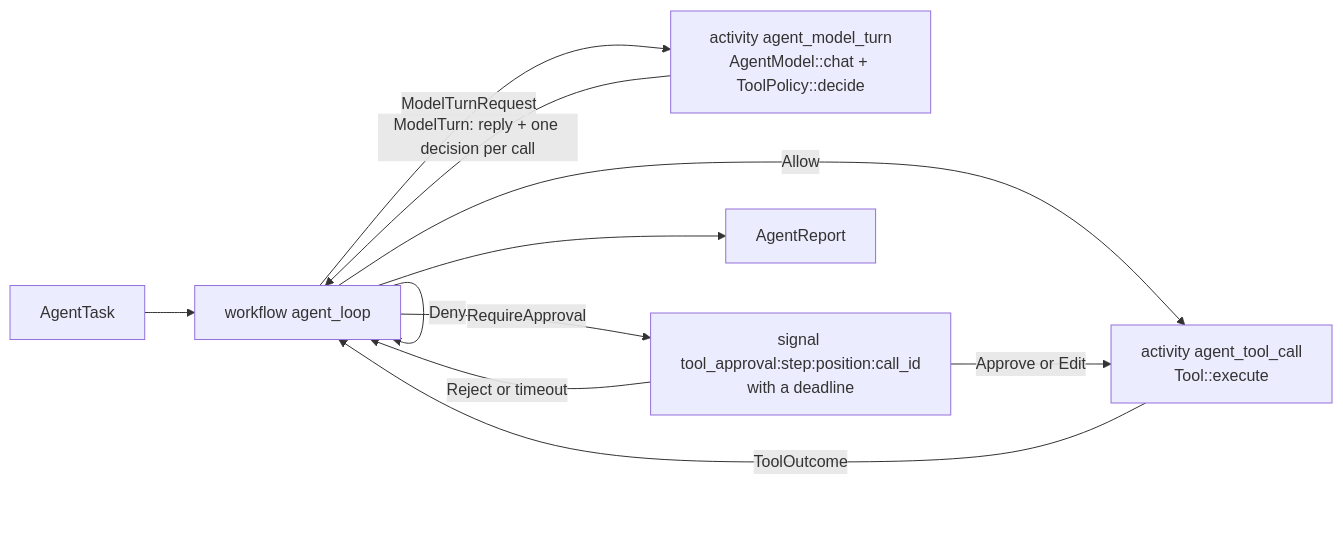
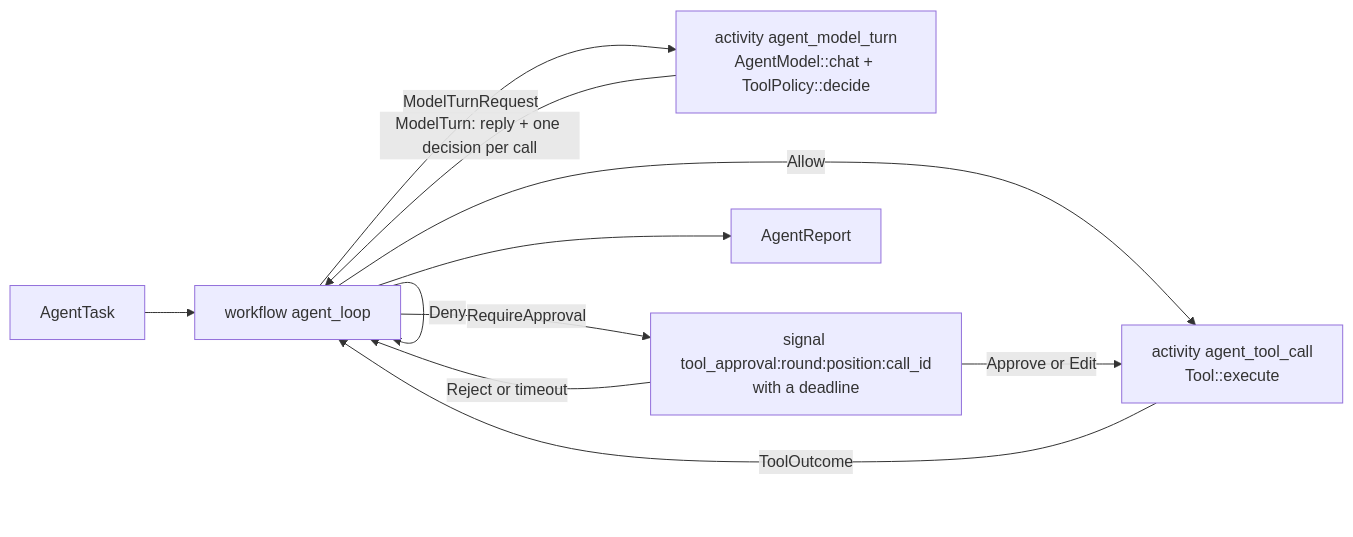
The first of 2 diagrams in docs/agent-adapter.md (autumn-foundation/autumn-harvest), drawn with Mermaid before and after one commit. The commit also changed other lines of this file and 10 other files, not shown here.

````diff
--- a/docs/agent-adapter.md
+++ b/docs/agent-adapter.md
@@ -23,13 +23,13 @@
 ```mermaid
 flowchart LR
   T[AgentTask] --> W["workflow agent_loop"]
   W -->|ModelTurnRequest| M["activity agent_model_turn\nAgentModel::chat + ToolPolicy::decide"]
   M -->|ModelTurn: reply + one decision per call| W
   W -->|Allow| X["activity agent_tool_call\nTool::execute"]
-  W -->|RequireApproval| S["signal tool_approval:step:position:call_id\nwith a deadline"]
+  W -->|RequireApproval| S["signal tool_approval:round:position:call_id\nwith a deadline"]
   S -->|Approve or Edit| X
   S -->|Reject or timeout| W
   W -->|Deny| W
   X -->|ToolOutcome| W
   W --> R[AgentReport]
 ```
````
